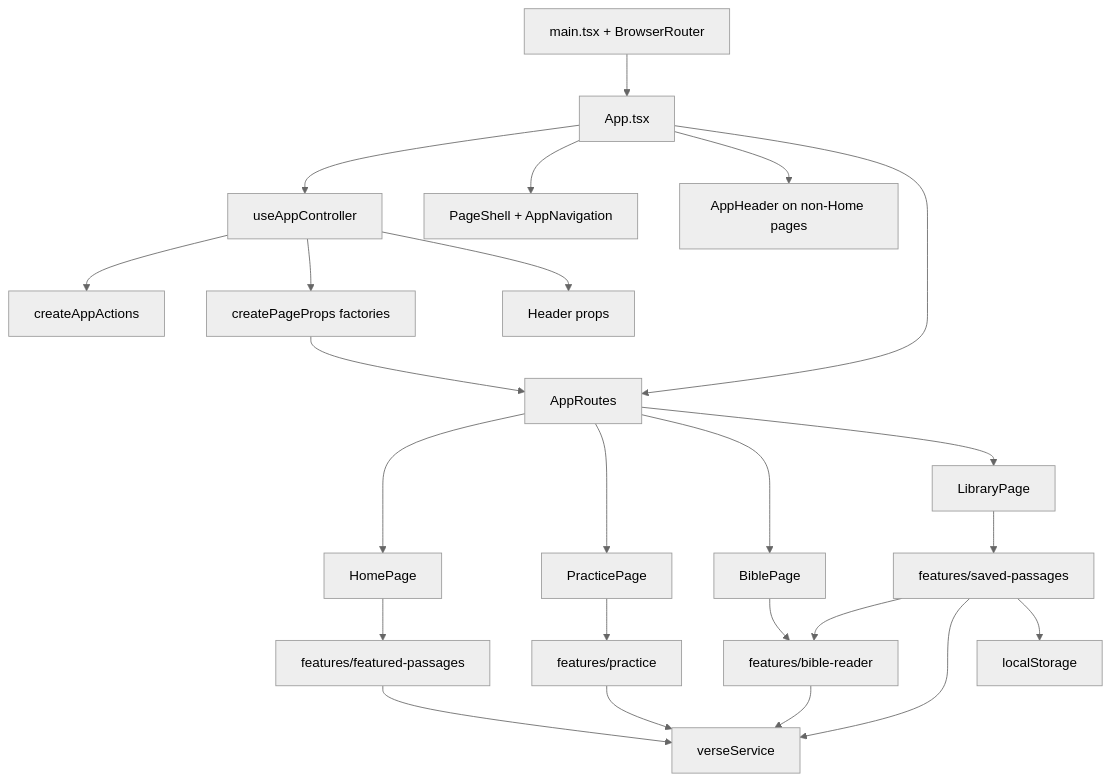
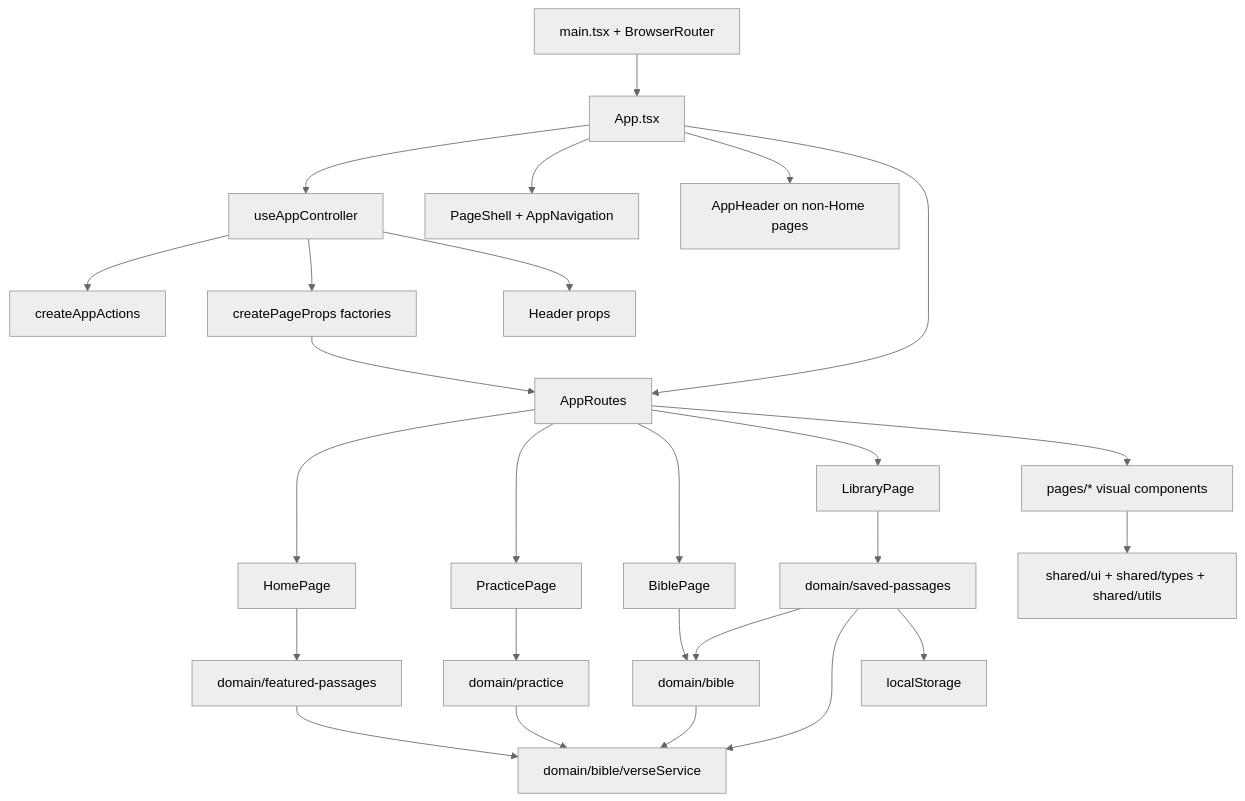
The diagram in docs/documentation.md (eirikenriquez/The-Word-per-Minute), drawn with Mermaid (neutral theme) before and after one commit. The commit also changed other lines of this file and 2 other files, not shown here.

Commit message:
Document app domain pages shared architecture

````diff
--- a/docs/documentation.md
+++ b/docs/documentation.md
@@ -529,26 +544,28 @@
 ```mermaid
 flowchart TD
   main["main.tsx + BrowserRouter"] --> app["App.tsx"]
   app --> controller["useAppController"]
   app --> shell["PageShell + AppNavigation"]
   controller --> actions["createAppActions"]
   controller --> pageProps["createPageProps factories"]
   controller --> headerProps["Header props"]
   app --> header["AppHeader on non-Home pages"]
   app --> routes["AppRoutes"]
   pageProps --> routes
   routes --> home["HomePage"]
   routes --> practice["PracticePage"]
   routes --> bible["BiblePage"]
   routes --> library["LibraryPage"]
-  home --> featured["features/featured-passages"]
-  practice --> practiceFeature["features/practice"]
-  bible --> bibleFeature["features/bible-reader"]
-  library --> savedFeature["features/saved-passages"]
-  savedFeature --> bibleFeature
-  featured --> verseService["verseService"]
-  practiceFeature --> verseService
-  bibleFeature --> verseService
-  savedFeature --> verseService
-  savedFeature --> localStorage["localStorage"]
+  home --> featured["domain/featured-passages"]
+  practice --> practiceDomain["domain/practice"]
+  bible --> bibleDomain["domain/bible"]
+  library --> savedDomain["domain/saved-passages"]
+  savedDomain --> bibleDomain
+  featured --> verseService["domain/bible/verseService"]
+  practiceDomain --> verseService
+  bibleDomain --> verseService
+  savedDomain --> verseService
+  savedDomain --> localStorage["localStorage"]
+  routes --> pageUi["pages/* visual components"]
+  pageUi --> shared["shared/ui + shared/types + shared/utils"]
 ```
````
